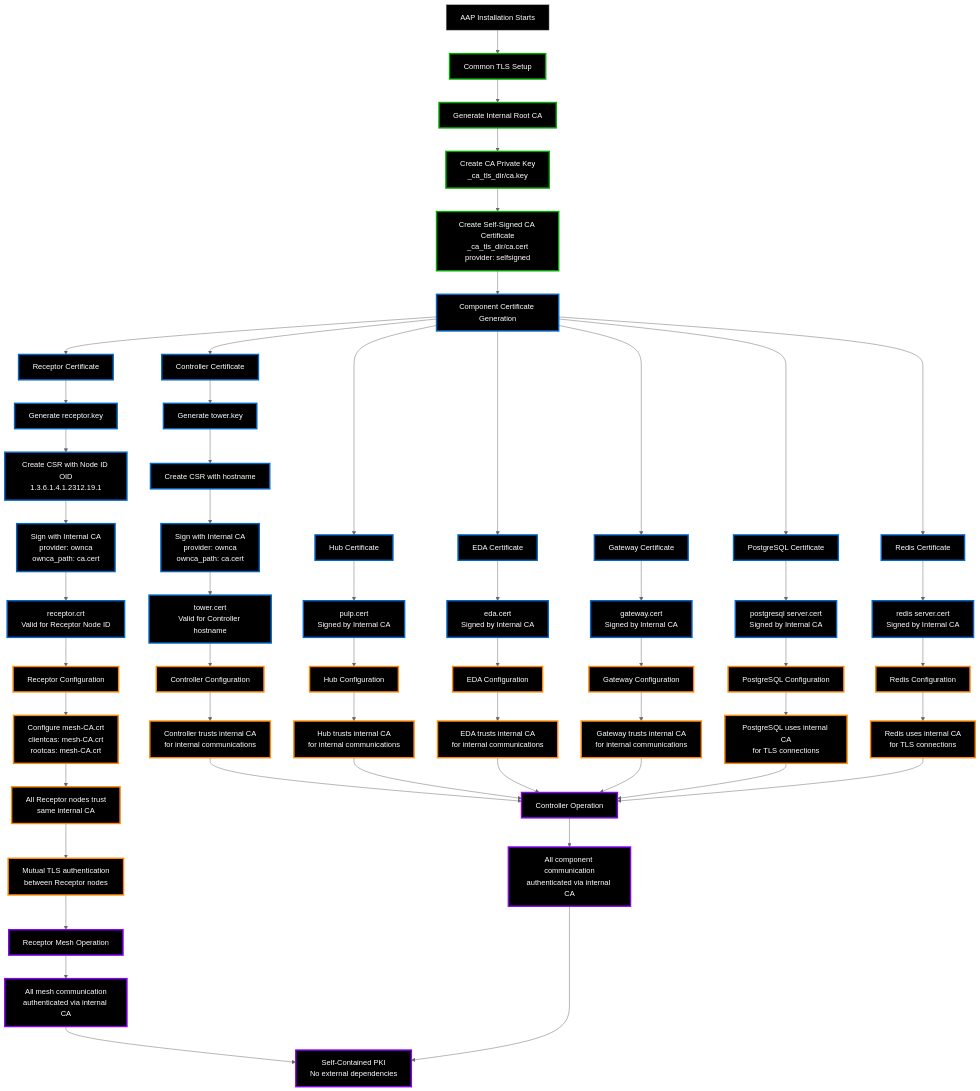
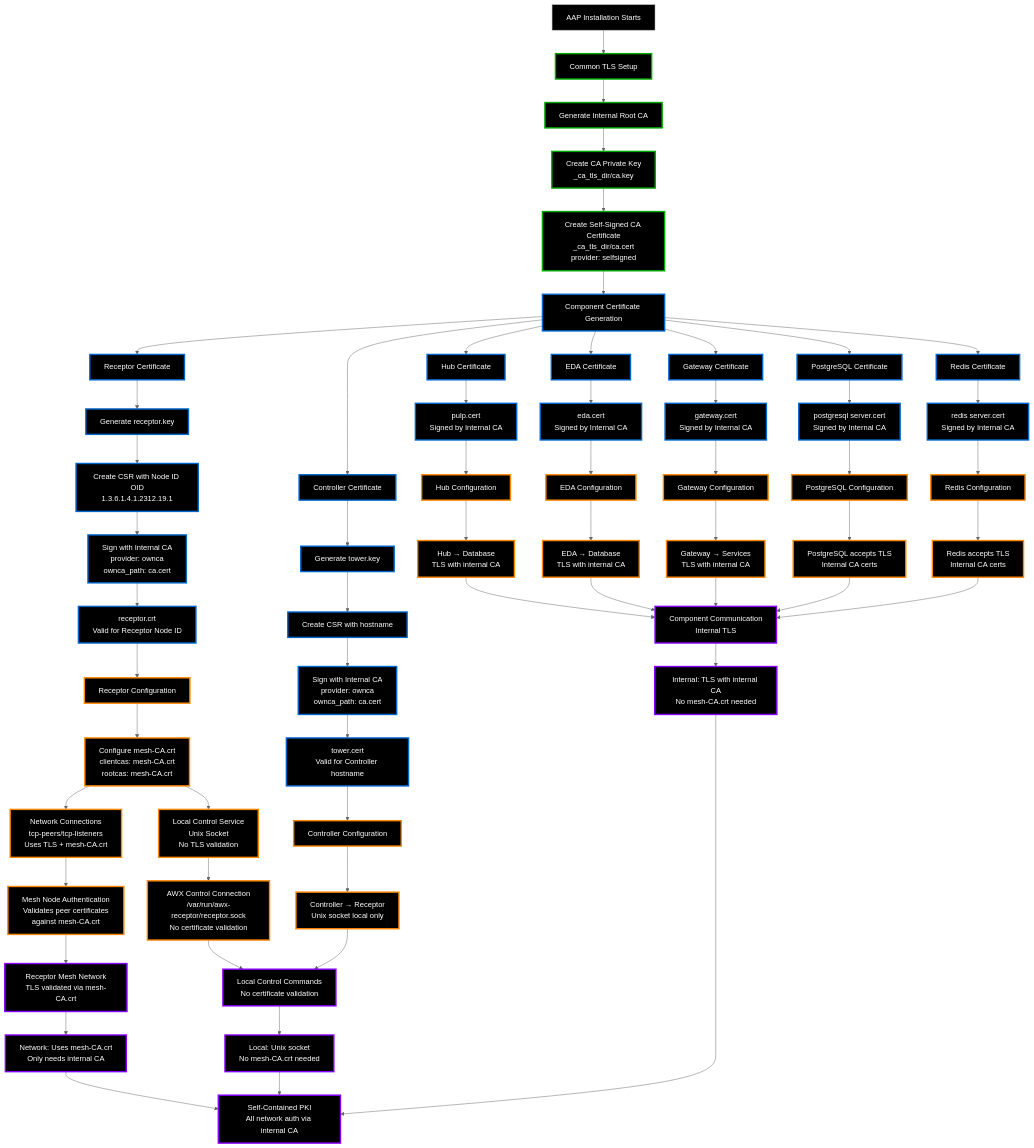
Before and after one commit to arrestle/quic-analysis: the diagram in receptor-ca-flow.md, drawn with Mermaid (neutral theme). The commit also changed other lines of this file, not shown here.

Commit message:
update the flow with more findings

````diff
--- a/receptor-ca-flow.md
+++ b/receptor-ca-flow.md
@@ -49,33 +49,39 @@
     C6D --> I[PostgreSQL Configuration]
     C7D --> J[Redis Configuration]
     
-    %% Receptor mesh configuration
+    %% Receptor configuration - Two connection types
     D --> D1[Configure mesh-CA.crt<br/>clientcas: mesh-CA.crt<br/>rootcas: mesh-CA.crt]
-    D1 --> D2[All Receptor nodes trust<br/>same internal CA]
-    D2 --> D3[Mutual TLS authentication<br/>between Receptor nodes]
+    D1 --> D2A[Network Connections<br/>tcp-peers/tcp-listeners<br/>Uses TLS + mesh-CA.crt]
+    D1 --> D2B[Local Control Service<br/>Unix Socket<br/>No TLS validation]
+    
+    D2A --> D3[Mesh Node Authentication<br/>Validates peer certificates<br/>against mesh-CA.crt]
+    D2B --> D4[AWX Control Connection<br/>/var/run/awx-receptor/receptor.sock<br/>No certificate validation]
     
     %% Component configurations
-    E --> E1[Controller trusts internal CA<br/>for internal communications]
-    F --> F1[Hub trusts internal CA<br/>for internal communications]
-    G --> G1[EDA trusts internal CA<br/>for internal communications]
-    H --> H1[Gateway trusts internal CA<br/>for internal communications]
-    I --> I1[PostgreSQL uses internal CA<br/>for TLS connections]
-    J --> J1[Redis uses internal CA<br/>for TLS connections]
+    E --> E1[Controller → Receptor<br/>Unix socket local only]
+    F --> F1[Hub → Database<br/>TLS with internal CA]
+    G --> G1[EDA → Database<br/>TLS with internal CA]
+    H --> H1[Gateway → Services<br/>TLS with internal CA]
+    I --> I1[PostgreSQL accepts TLS<br/>Internal CA certs]
+    J --> J1[Redis accepts TLS<br/>Internal CA certs]
     
     %% Runtime behavior
-    D3 --> K[Receptor Mesh Operation]
-    E1 --> L[Controller Operation]
-    F1 --> L
-    G1 --> L
-    H1 --> L
-    I1 --> L
-    J1 --> L
+    D3 --> K[Receptor Mesh Network<br/>TLS validated via mesh-CA.crt]
+    D4 --> L[Local Control Commands<br/>No certificate validation]
+    E1 --> L
+    F1 --> M[Component Communication<br/>Internal TLS]
+    G1 --> M
+    H1 --> M
+    I1 --> M
+    J1 --> M
     
-    K --> M[All mesh communication<br/>authenticated via internal CA]
-    L --> N[All component communication<br/>authenticated via internal CA]
+    K --> N[Network: Uses mesh-CA.crt<br/>Only needs internal CA]
+    L --> O[Local: Unix socket<br/>No mesh-CA.crt needed]
+    M --> P[Internal: TLS with internal CA<br/>No mesh-CA.crt needed]
     
-    M --> O[Self-Contained PKI<br/>No external dependencies]
-    N --> O
+    N --> Q[Self-Contained PKI<br/>All network auth via internal CA]
+    O --> Q
+    P --> Q
     
     %% Styling - White text on black background
     classDef ca fill:#000000,stroke:#00aa00,stroke-width:3px,color:#ffffff
@@ -86,6 +92,6 @@
     
     class B,B1,B2,B3 ca
     class C,C1,C2,C3,C4,C5,C6,C7,C1A,C1B,C1C,C1D,C2A,C2B,C2C,C2D,C3D,C4D,C5D,C6D,C7D cert
-    class D,D1,D2,D3,E,F,G,H,I,J,E1,F1,G1,H1,I1,J1 config
-    class K,L,M,N,O runtime
+    class D,D1,D2A,D2B,D3,D4,E,F,G,H,I,J,E1,F1,G1,H1,I1,J1 config
+    class K,L,M,N,O,P,Q runtime
 ```
````
